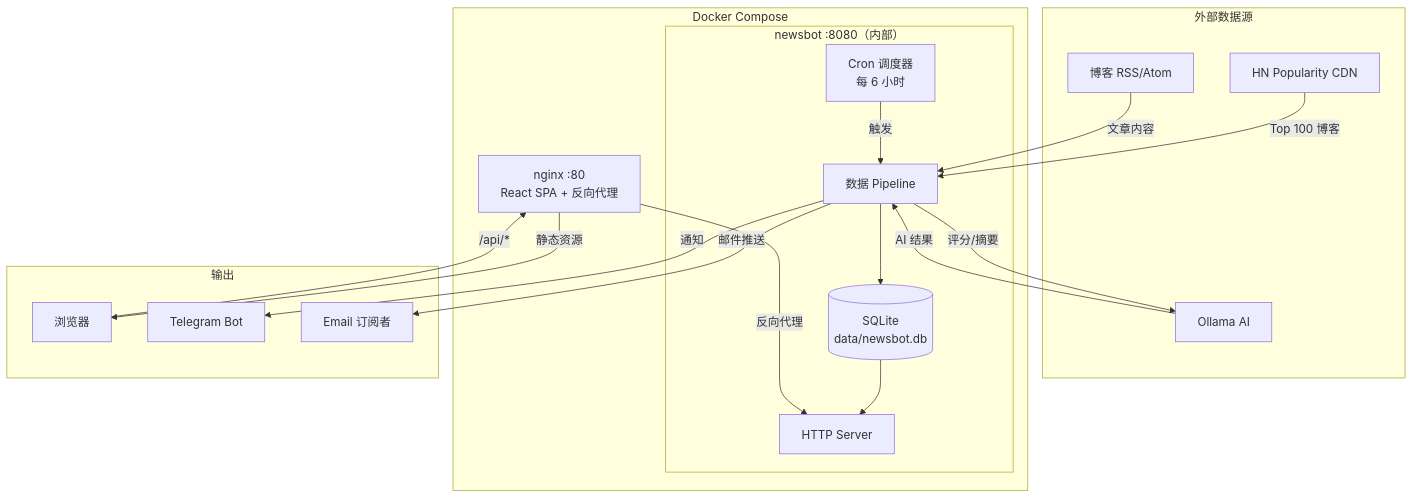
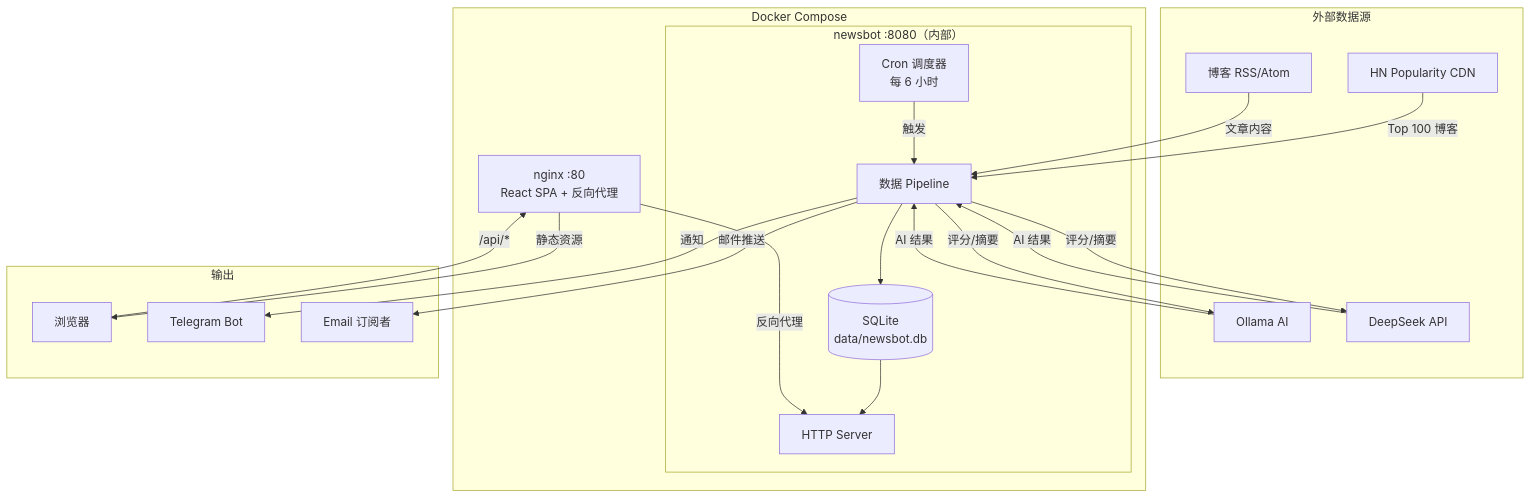
The first of 3 diagrams in README.md (ChyiYaqing/newsbot), drawn with Mermaid before and after one commit. The commit also changed other lines of this file, not shown here.

Commit message:
docs: update README to document DeepSeek API support

````diff
--- a/README.md
+++ b/README.md
@@ -7,37 +7,40 @@
 ```mermaid
 graph TB
     subgraph External["外部数据源"]
         HN["HN Popularity CDN"]
         RSS["博客 RSS/Atom"]
         Ollama["Ollama AI"]
+        DeepSeek["DeepSeek API"]
     end
 
     subgraph Deploy["Docker Compose"]
         Nginx["nginx :80<br/>React SPA + 反向代理"]
         subgraph Newsbot["newsbot :8080（内部）"]
             Scheduler["Cron 调度器<br/>每 6 小时"]
             Pipeline["数据 Pipeline"]
             HTTP["HTTP Server"]
             DB[("SQLite<br/>data/newsbot.db")]
         end
     end
 
     subgraph Output["输出"]
         Browser["浏览器"]
         TG["Telegram Bot"]
         Email["Email 订阅者"]
     end
 
     HN -->|Top 100 博客| Pipeline
     RSS -->|文章内容| Pipeline
     Pipeline -->|评分/摘要| Ollama
+    Pipeline -->|评分/摘要| DeepSeek
     Ollama -->|AI 结果| Pipeline
+    DeepSeek -->|AI 结果| Pipeline
     Pipeline --> DB
     Scheduler -->|触发| Pipeline
     DB --> HTTP
     Browser -->|"/api/*"| Nginx
     Nginx -->|反向代理| HTTP
     Nginx -->|静态资源| Browser
     Pipeline -->|通知| TG
     Pipeline -->|邮件推送| Email
 ```
````
